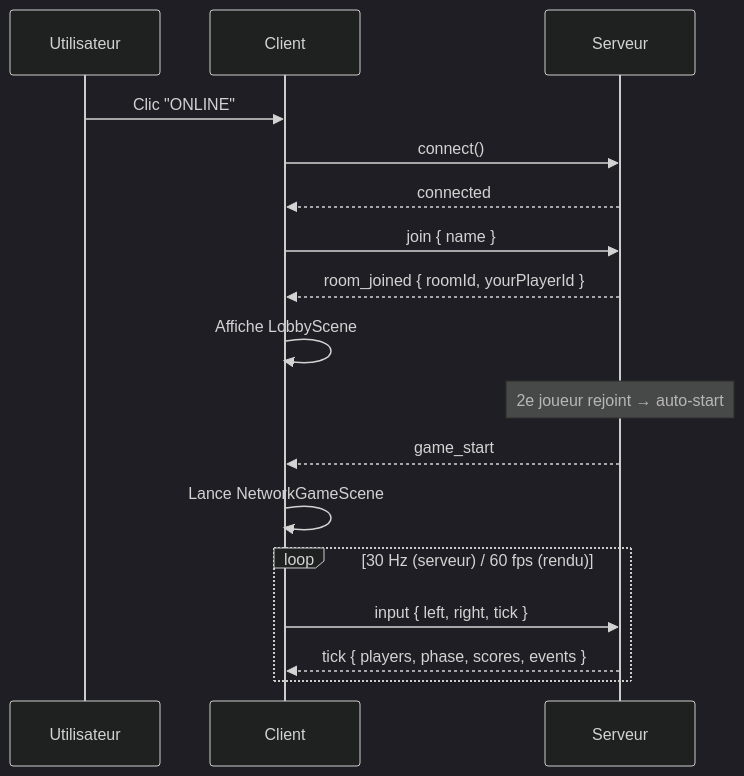
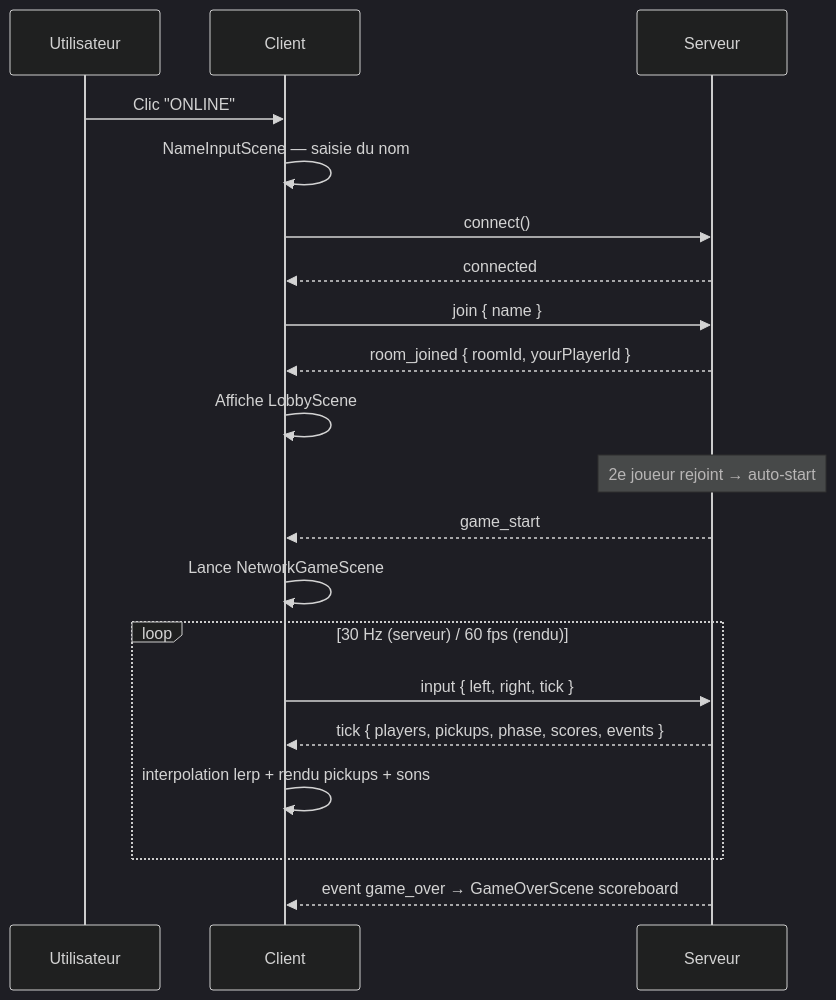
Before and after one commit to artkabis/crazycurve: the third of 4 diagrams in README.md, drawn with Mermaid (dark theme). The commit also changed other lines of this file, not shown here.

First line of the commit message:
docs: update README — Phase 3 complete (power-ups, HUD, audio, interpolation)

````diff
--- a/README.md
+++ b/README.md
@@ -216,20 +273,23 @@
 ```mermaid
 sequenceDiagram
     participant U as Utilisateur
     participant C as Client
     participant S as Serveur
 
     U->>C: Clic "ONLINE"
+    C->>C: NameInputScene — saisie du nom
     C->>S: connect()
     S-->>C: connected
     C->>S: join { name }
     S-->>C: room_joined { roomId, yourPlayerId }
     C->>C: Affiche LobbyScene
     Note over S: 2e joueur rejoint → auto-start
     S-->>C: game_start
     C->>C: Lance NetworkGameScene
     loop 30 Hz (serveur) / 60 fps (rendu)
         C->>S: input { left, right, tick }
-        S-->>C: tick { players, phase, scores, events }
+        S-->>C: tick { players, pickups, phase, scores, events }
+        C->>C: interpolation lerp + rendu pickups + sons
     end
+    S-->>C: event game_over → GameOverScene scoreboard
 ```
````
